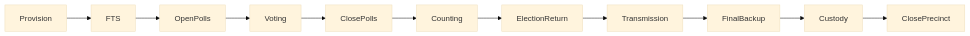
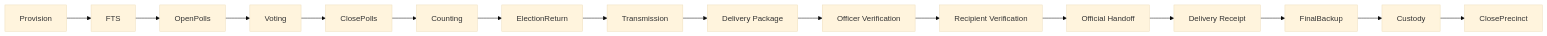
One commit to 3neti/aes changed the fourth of 7 diagrams in docs/SYSTEM_DESIGN.md. Above: the diagram before and after it, drawn with Mermaid (base theme). The commit also changed other lines of this file and 6 other files, not shown here.

Commit message:
docs: refine delivery handoff architecture

````diff
--- a/docs/SYSTEM_DESIGN.md
+++ b/docs/SYSTEM_DESIGN.md
@@ -354,45 +354,65 @@
 ```mermaid
 flowchart LR
 
 Provision
 
 FTS
 
 OpenPolls
 
 Voting
 
 ClosePolls
 
 Counting
 
 ElectionReturn
 
 Transmission
+
+DeliveryPackage
+
+OfficerVerification
+
+RecipientVerification
+
+OfficialHandoff
+
+DeliveryReceipt
 
 FinalBackup
 
 Custody
 
 ClosePrecinct
 
 Provision --> FTS
 
 FTS --> OpenPolls
 
 OpenPolls --> Voting
 
 Voting --> ClosePolls
 
 ClosePolls --> Counting
 
 Counting --> ElectionReturn
 
 ElectionReturn --> Transmission
 
-Transmission --> FinalBackup
+Transmission --> DeliveryPackage["Delivery Package"]
+
+DeliveryPackage --> OfficerVerification["Officer Verification"]
+
+OfficerVerification --> RecipientVerification["Recipient Verification"]
+
+RecipientVerification --> OfficialHandoff["Official Handoff"]
+
+OfficialHandoff --> DeliveryReceipt["Delivery Receipt"]
+
+DeliveryReceipt --> FinalBackup
 
 FinalBackup --> Custody
 
 Custody --> ClosePrecinct
 ```
````
